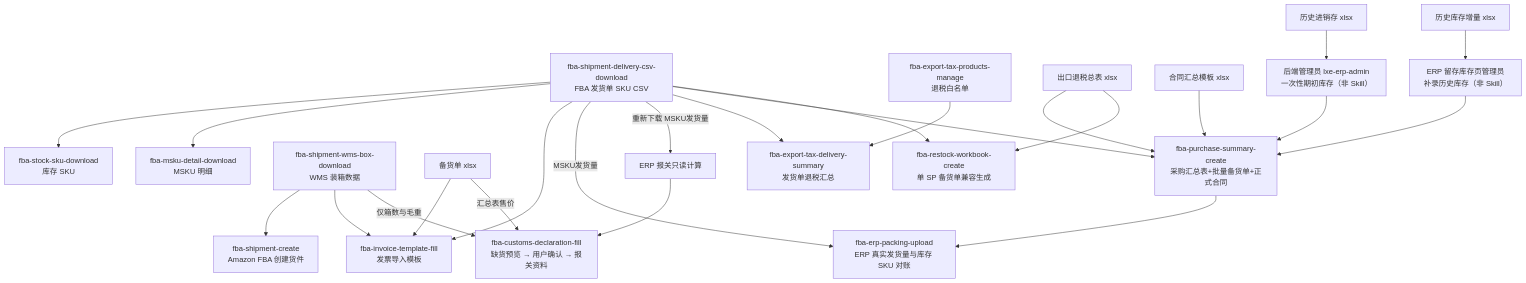
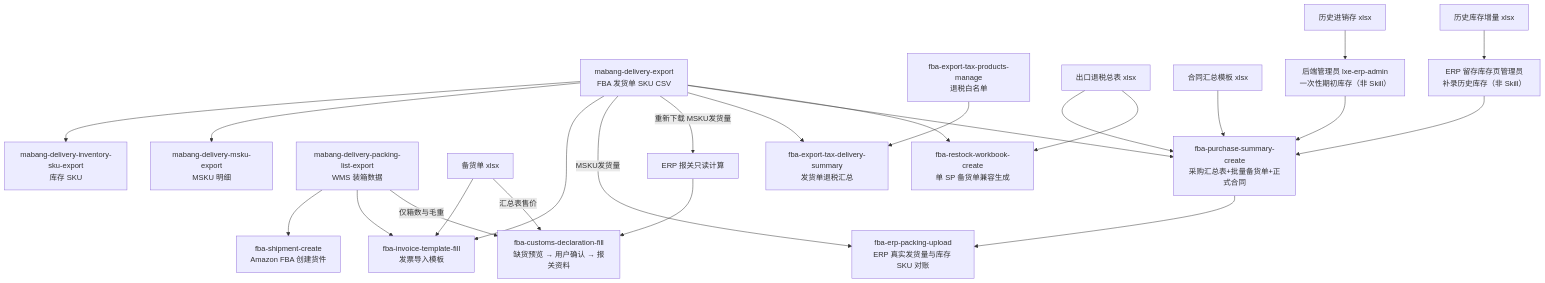
Before and after one commit to Arsenal20262/LXE_AGENT: the diagram in skills/fba-workflow-map/SKILL.md, drawn with Mermaid. The commit also changed other lines of this file and 58 other files, not shown here.

````diff
--- a/skills/fba-workflow-map/SKILL.md
+++ b/skills/fba-workflow-map/SKILL.md
@@ -27,28 +27,28 @@
 ```mermaid
 flowchart TD
-  A["fba-shipment-delivery-csv-download<br/>FBA 发货单 SKU CSV"] --> B["fba-stock-sku-download<br/>库存 SKU"]
-  A --> C["fba-msku-detail-download<br/>MSKU 明细"]
+  A["mabang-delivery-export<br/>FBA 发货单 SKU CSV"] --> B["mabang-delivery-inventory-sku-export<br/>库存 SKU"]
+  A --> C["mabang-delivery-msku-export<br/>MSKU 明细"]
   A --> D["fba-invoice-template-fill<br/>发票导入模板"]
   A -->|MSKU发货量| R["fba-erp-packing-upload<br/>ERP 真实发货量与库存 SKU 对账"]
 
-  E["fba-shipment-wms-box-download<br/>WMS 装箱数据"] --> F["fba-shipment-create<br/>Amazon FBA 创建货件"]
+  E["mabang-delivery-packing-list-export<br/>WMS 装箱数据"] --> F["fba-shipment-create<br/>Amazon FBA 创建货件"]
   E --> D
   L["备货单 xlsx"] --> D
   A -->|重新下载 MSKU发货量| V["ERP 报关只读计算"]
   V --> H["fba-customs-declaration-fill<br/>缺货预览 → 用户确认 → 报关资料"]
   E -->|仅箱数与毛重| H
   L -->|汇总表售价| H
 
   A --> I["fba-export-tax-delivery-summary<br/>发货单退税汇总"]
   J["fba-export-tax-products-manage<br/>退税白名单"] --> I
   A --> M["fba-purchase-summary-create<br/>采购汇总表+批量备货单+正式合同"]
   N["出口退税总表 xlsx"] --> M
   Q["合同汇总模板 xlsx"] --> M
   X["历史进销存 xlsx"] --> Y["后端管理员 lxe-erp-admin<br/>一次性期初库存（非 Skill）"]
   Y --> M
   Z["历史库存增量 xlsx"] --> W["ERP 留存库存页管理员<br/>补录历史库存（非 Skill）"]
   W --> M
   M --> R
   A --> O["fba-restock-workbook-create<br/>单 SP 备货单兼容生成"]
   N --> O
 ```
````
